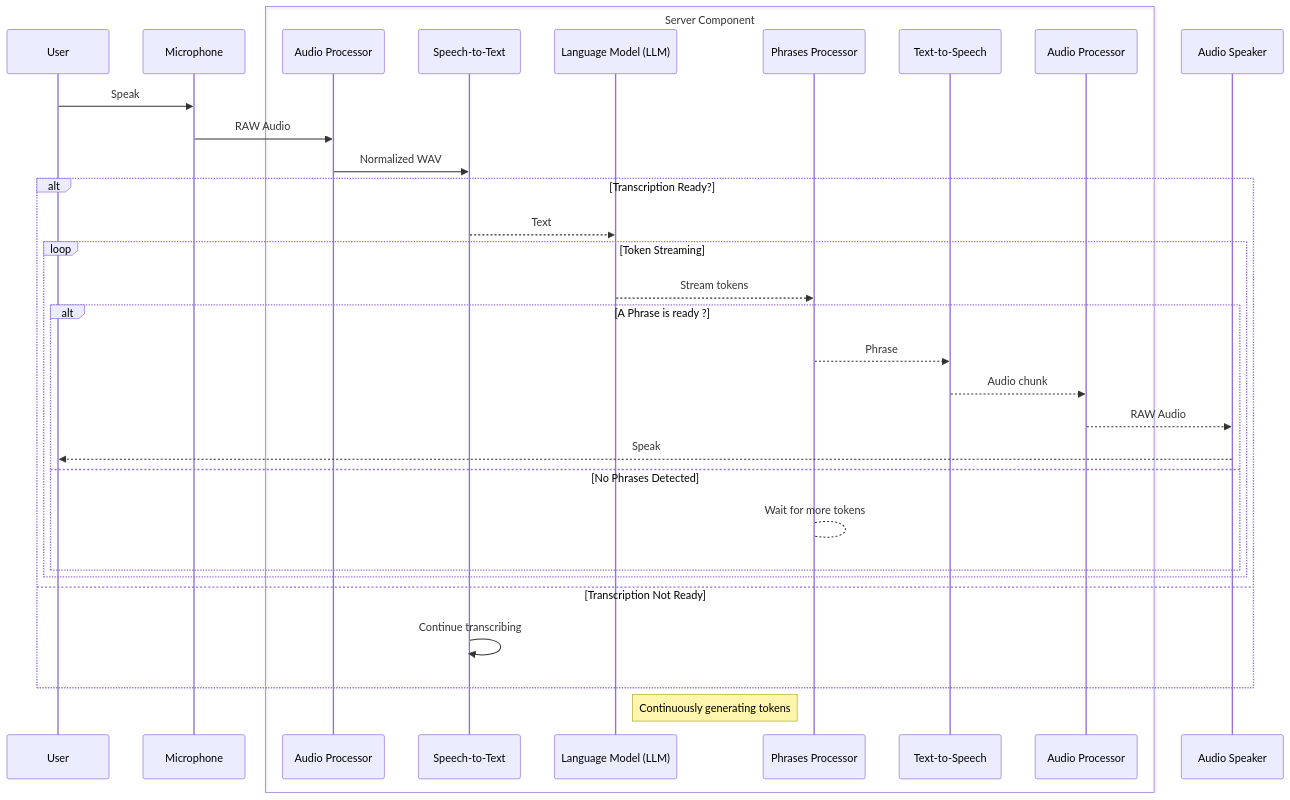
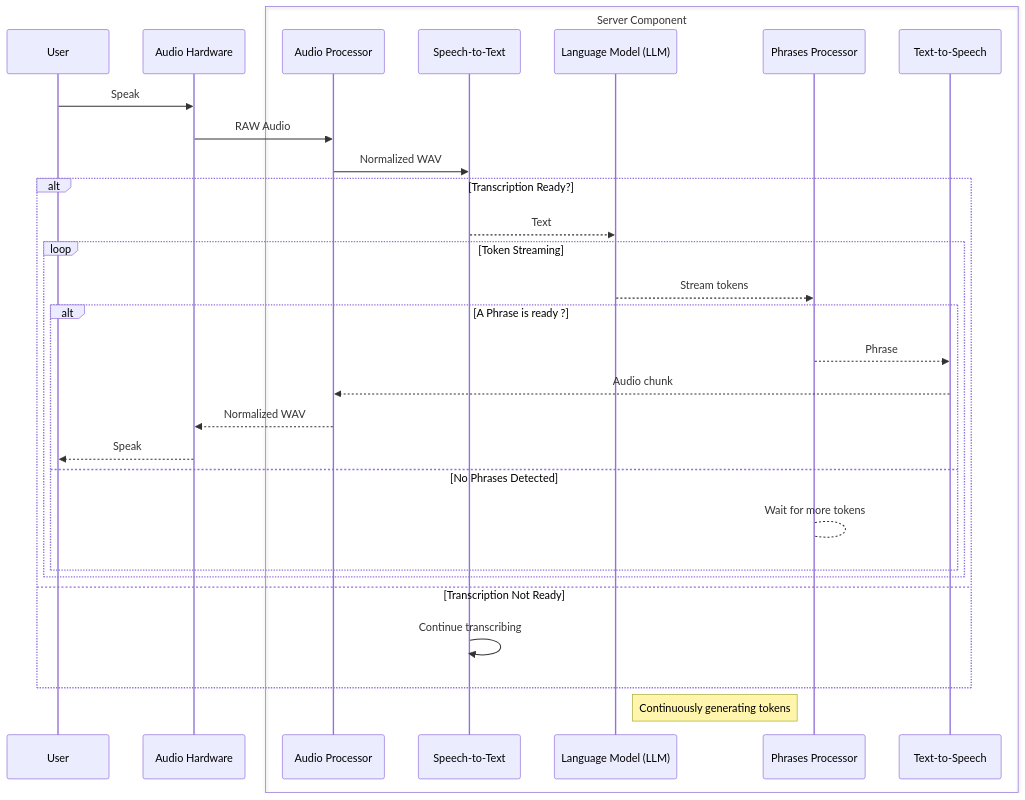
One commit to jmasclef/my-english-coach changed the second of 2 diagrams in README.md. Above: the diagram before and after it, drawn with Mermaid.

Commit message:
README Sequence diagram

````diff
--- a/README.md
+++ b/README.md
@@ -51,36 +51,34 @@
 ```mermaid
 sequenceDiagram
     participant User
-    participant Mic as Microphone
+    participant AHW as Audio Hardware
     box Transparent Server Component
-       participant AIP as Audio Processor
+       participant AP as Audio Processor
        participant STT as Speech-to-Text
        participant LLM as Language Model (LLM)
        participant PP as Phrases Processor
        participant TTS as Text-to-Speech
-       participant AOP as Audio Processor
     end
-    participant AO as Audio Speaker
 
-    User ->> Mic: Speak
-    Mic ->> AIP: RAW Audio
-    AIP ->> STT: Normalized WAV
+    User ->> AHW: Speak
+    AHW ->> AP: RAW Audio
+    AP ->> STT: Normalized WAV
     alt Transcription Ready?
         STT -->> LLM: Text
         loop Token Streaming
             LLM -->> PP: Stream tokens
             alt A Phrase is ready ?
                 PP -->> TTS: Phrase
-                TTS -->> AOP: Audio chunk
-                AOP -->> AO: RAW Audio
-                AO -->> User: Speak
+                TTS -->> AP: Audio chunk
+                AP -->> AHW: Normalized WAV
+                AHW -->> User: Speak
             else No Phrases Detected
                 PP --> PP: Wait for more tokens
             end
         end
     else Transcription Not Ready
         STT ->> STT: Continue transcribing
     end
 
     note right of LLM: Continuously generating tokens
 ```
````
